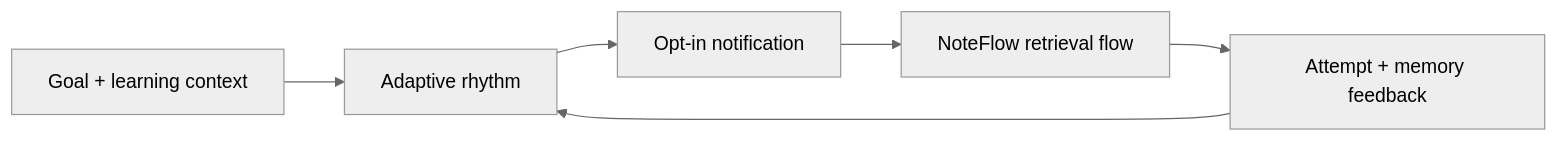
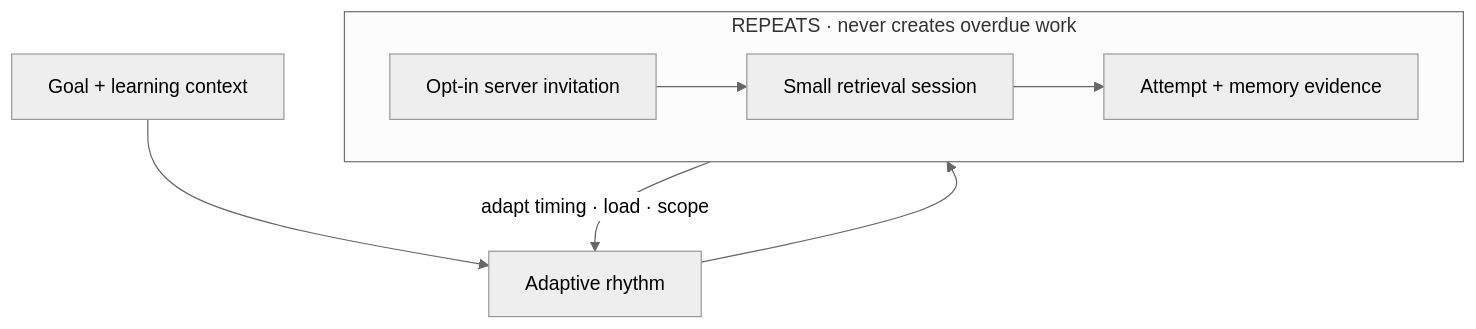
One commit to Dollars7/NoteFlow-Agent-Hackathon-2026 changed the second of 2 diagrams in README.md. Above: the diagram before and after it, drawn with Mermaid (neutral theme). The commit also changed other lines of this file and 1 other file, not shown here.

Commit message:
docs: clarify architecture flows

````diff
--- a/README.md
+++ b/README.md
@@ -183,8 +195,12 @@
 ```mermaid
-flowchart LR
+flowchart TB
     Context["Goal + learning context"] --> Rhythm["Adaptive rhythm"]
-    Rhythm --> Notice["Opt-in notification"]
-    Notice --> Flow["NoteFlow retrieval flow"]
-    Flow --> Evidence["Attempt + memory feedback"]
-    Evidence --> Rhythm
+
+    subgraph Repeat["REPEATS · never creates overdue work"]
+        direction LR
+        Invite["Opt-in server invitation"] --> Session["Small retrieval session"] --> Evidence["Attempt + memory evidence"]
+    end
+
+    Rhythm --> Invite
+    Evidence -->|"adapt timing · load · scope"| Rhythm
 ```
````
